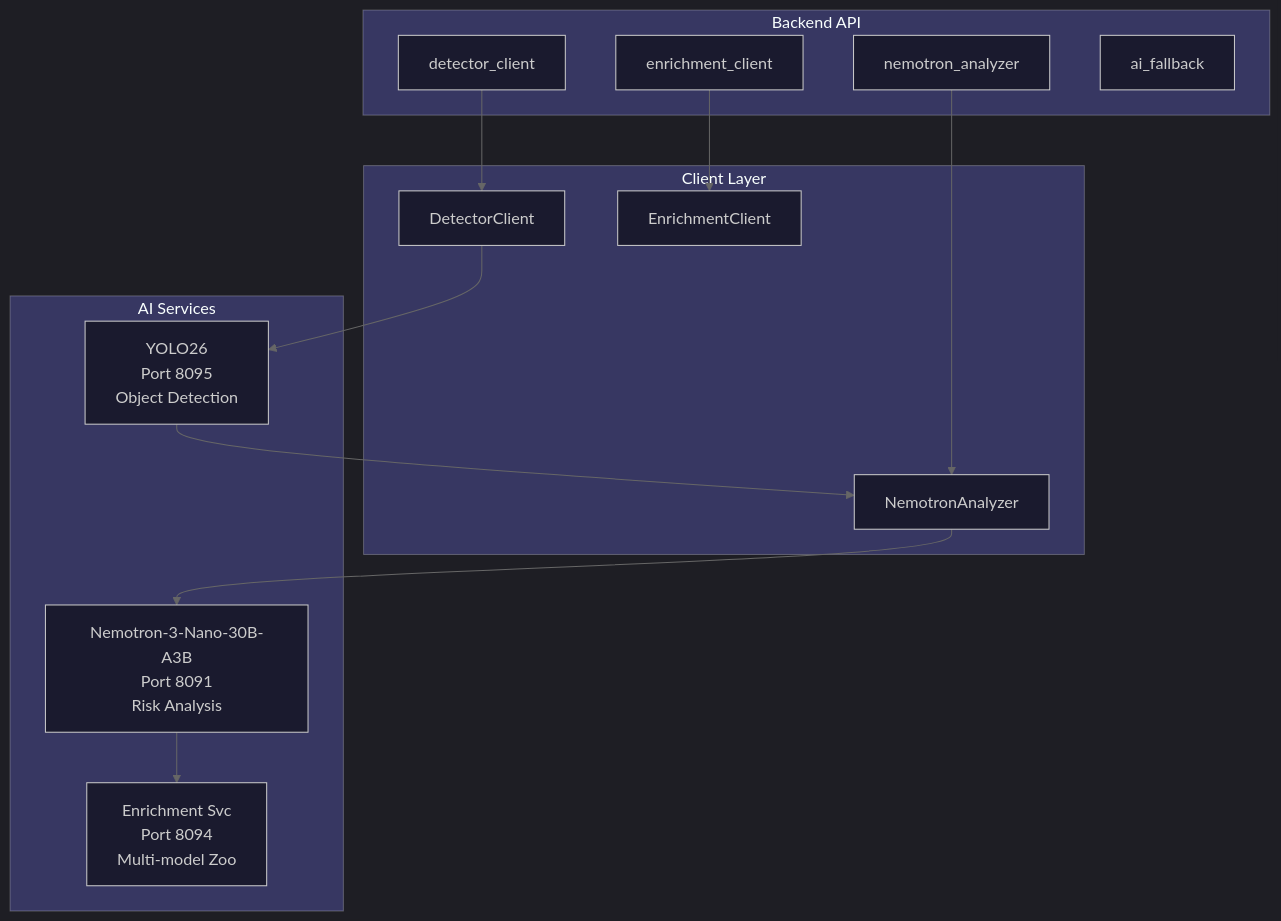
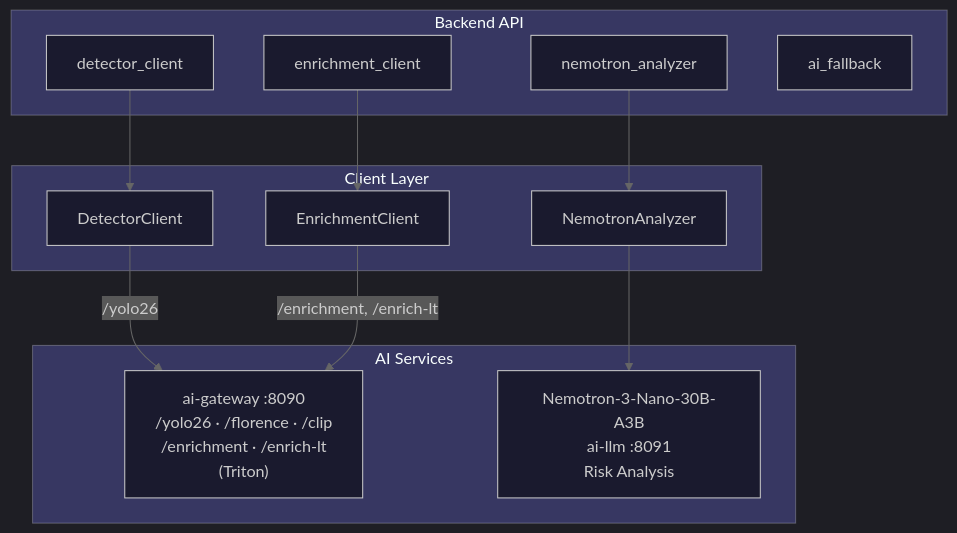
One commit to mikesvoboda/nemotron-v3-home-security-intelligence changed the diagram in docs/architecture/ai-orchestration/README.md. Above: the diagram before and after it, drawn with Mermaid. The commit also changed other lines of this file and 313 other files, not shown here.

````diff
--- a/docs/architecture/ai-orchestration/README.md
+++ b/docs/architecture/ai-orchestration/README.md
@@ -16,43 +19,41 @@
 ```mermaid
 %%{init: {
   'theme': 'dark',
   'themeVariables': {
     'primaryColor': '#3B82F6',
     'primaryTextColor': '#FFFFFF',
     'primaryBorderColor': '#60A5FA',
     'secondaryColor': '#A855F7',
     'tertiaryColor': '#009688',
     'background': '#121212',
     'mainBkg': '#1a1a2e',
     'lineColor': '#666666'
   }
 }}%%
 flowchart TB
     subgraph Backend["Backend API"]
         DC[detector_client]
         NA[nemotron_analyzer]
         EC[enrichment_client]
         AF[ai_fallback]
     end
 
     subgraph Clients["Client Layer"]
         DCL[DetectorClient]
         NAL[NemotronAnalyzer]
         ECL[EnrichmentClient]
     end
 
     subgraph AI["AI Services"]
-        YOLO["YOLO26<br/>Port 8095<br/>Object Detection"]
-        NEM["Nemotron-3-Nano-30B-A3B<br/>Port 8091<br/>Risk Analysis"]
-        ENR["Enrichment Svc<br/>Port 8094<br/>Multi-model Zoo"]
+        GW["ai-gateway :8090<br/>/yolo26 · /florence · /clip<br/>/enrichment · /enrich-lt<br/>(Triton)"]
+        NEM["Nemotron-3-Nano-30B-A3B<br/>ai-llm :8091<br/>Risk Analysis"]
     end
 
     DC --> DCL
     NA --> NAL
     EC --> ECL
 
-    DCL --> YOLO
-    YOLO --> NAL
+    DCL -->|/yolo26| GW
+    ECL -->|/enrichment, /enrich-lt| GW
     NAL --> NEM
-    NEM --> ENR
 ```
````
